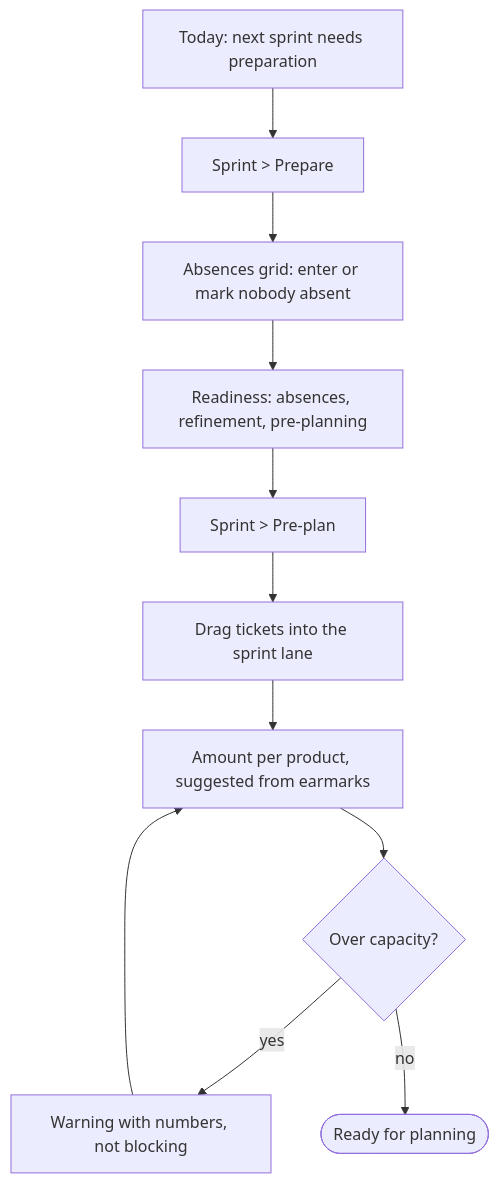
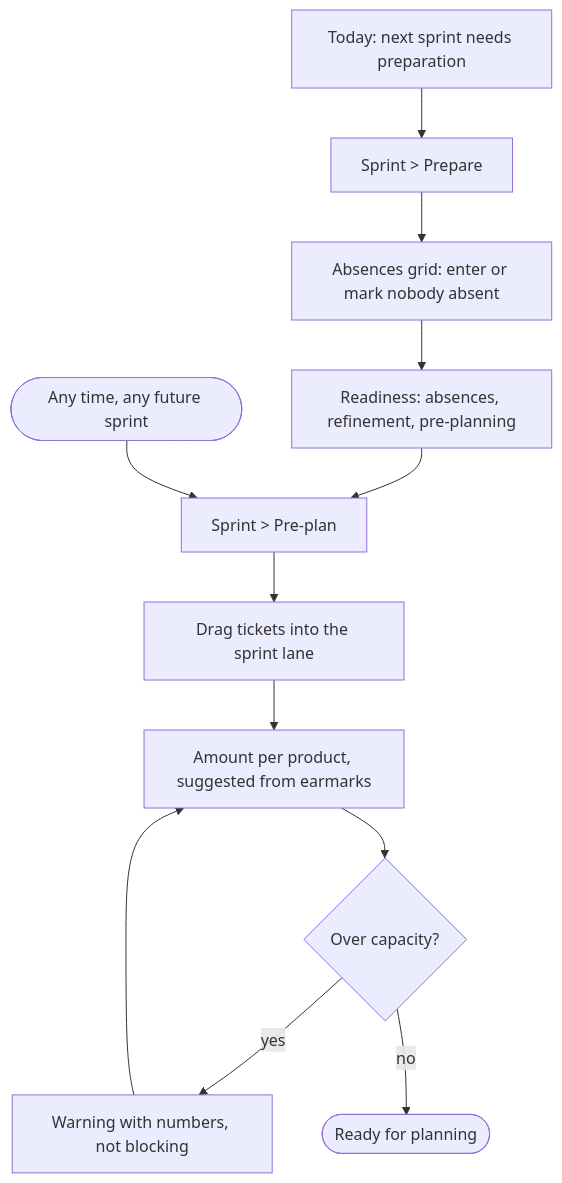
One commit to swallat/foresprint changed the fifth of 10 diagrams in docs/redesign/flows.md. Above: the diagram before and after it, drawn with Mermaid.

Commit message:
Flow F3: pre-planning can start at any time
Claude-Session: https://claude.ai/code/session_01YakUjWV6N7PxKvFnBavbYu

````diff
--- a/docs/redesign/flows.md
+++ b/docs/redesign/flows.md
@@ -174,12 +174,13 @@
 ```mermaid
 flowchart TD
   T[Today: next sprint needs preparation] --> P[Sprint > Prepare]
   P --> A[Absences grid: enter or mark nobody absent]
   A --> R[Readiness: absences, refinement, pre-planning]
   R --> PP[Sprint > Pre-plan]
+  X([Any time, any future sprint]) --> PP
   PP --> E[Drag tickets into the sprint lane]
   E --> M[Amount per product, suggested from earmarks]
   M --> L{Over capacity?}
   L -- yes --> L1[Warning with numbers, not blocking] --> M
   L -- no --> D([Ready for planning])
 ```
````
